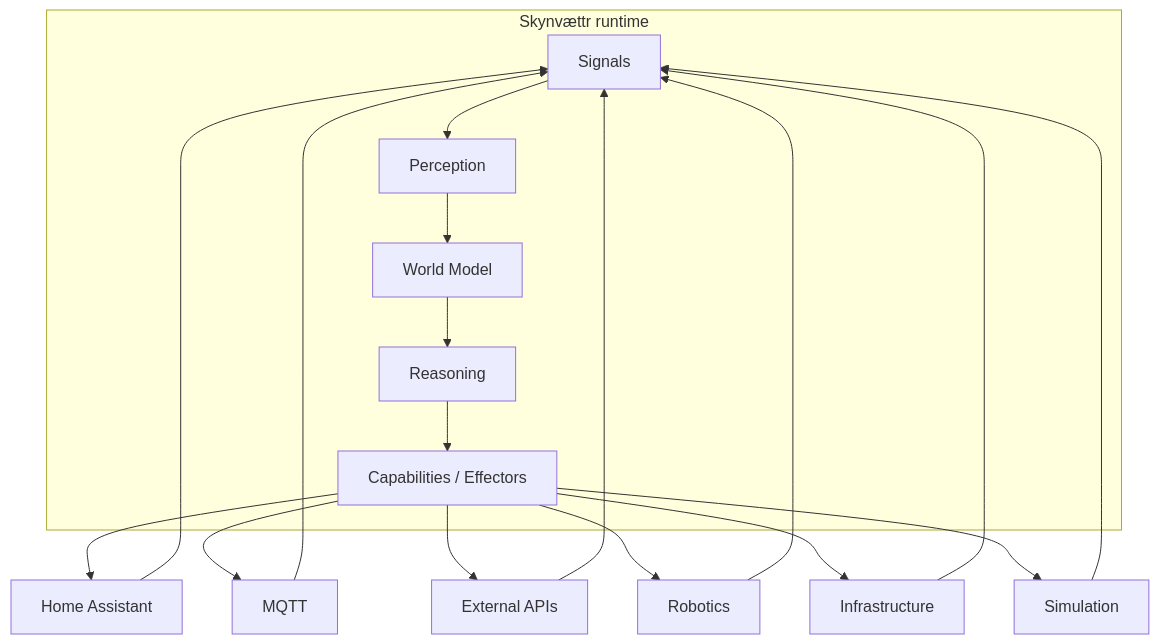
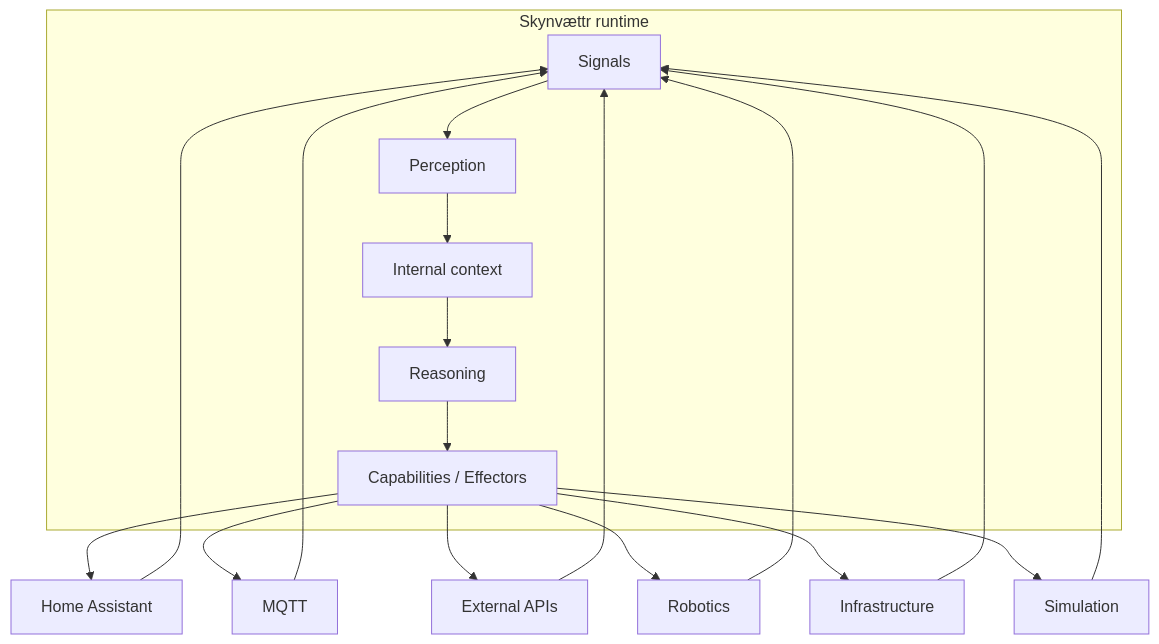
Diagram 12 of 13 in docs/architecture.md (skasti/skyn-vaettr), drawn with Mermaid before and after one commit. The commit also changed other lines of this file, not shown here.

````diff
--- a/docs/architecture.md
+++ b/docs/architecture.md
@@ -531,36 +510,36 @@
 ```mermaid
 flowchart TB
     subgraph CORE[Skynvættr runtime]
         SIGNALS[Signals]
         PER[Perception]
-        WORLD[World Model]
+        CONTEXT[Internal context]
         REASON[Reasoning]
         EFFECT[Capabilities / Effectors]
     end
 
     HA[Home Assistant]
     MQTT[MQTT]
     API[External APIs]
     ROBOT[Robotics]
     INFRA[Infrastructure]
     SIM[Simulation]
 
     HA --> SIGNALS
     MQTT --> SIGNALS
     API --> SIGNALS
     ROBOT --> SIGNALS
     INFRA --> SIGNALS
     SIM --> SIGNALS
 
     EFFECT --> HA
     EFFECT --> MQTT
     EFFECT --> API
     EFFECT --> ROBOT
     EFFECT --> INFRA
     EFFECT --> SIM
 
     SIGNALS --> PER
-    PER --> WORLD
-    WORLD --> REASON
+    PER --> CONTEXT
+    CONTEXT --> REASON
     REASON --> EFFECT
 ```
````
